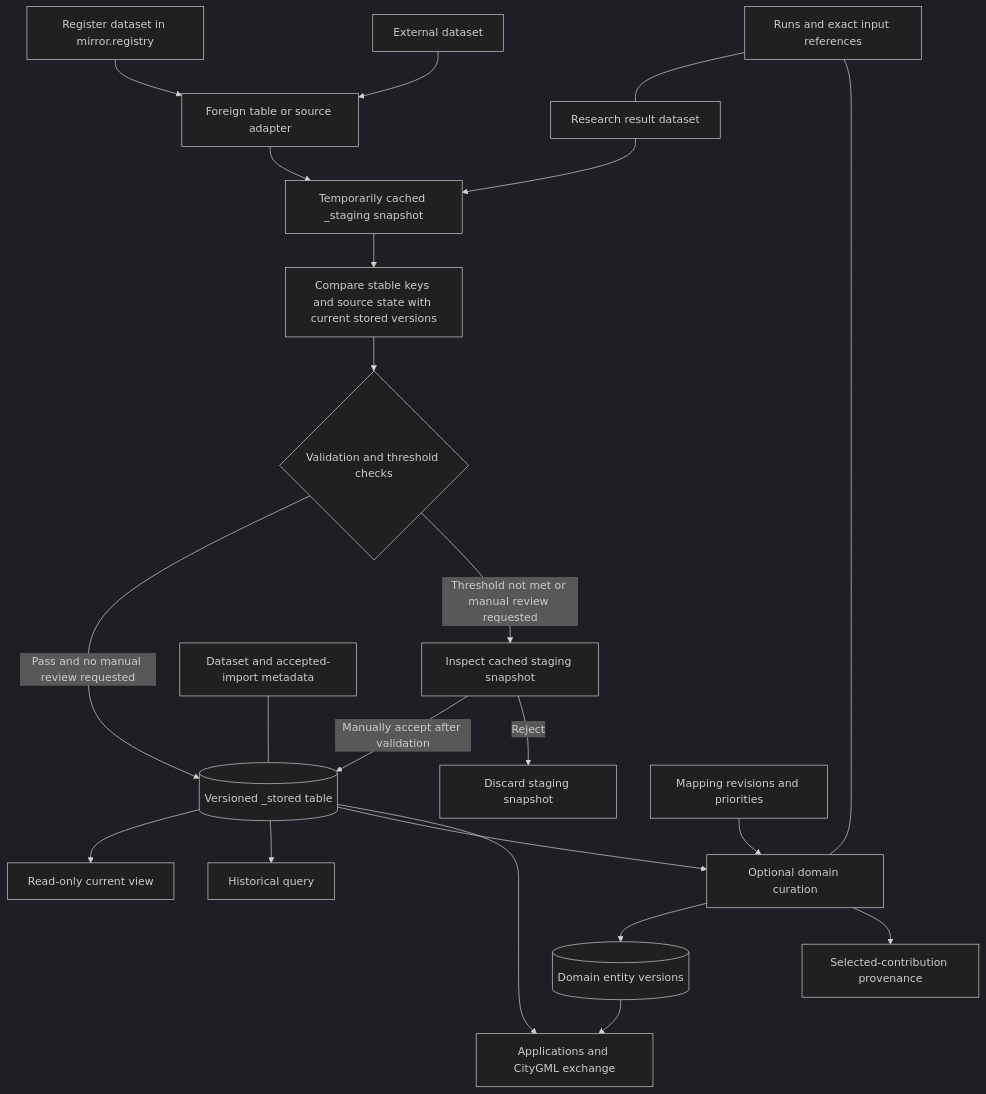
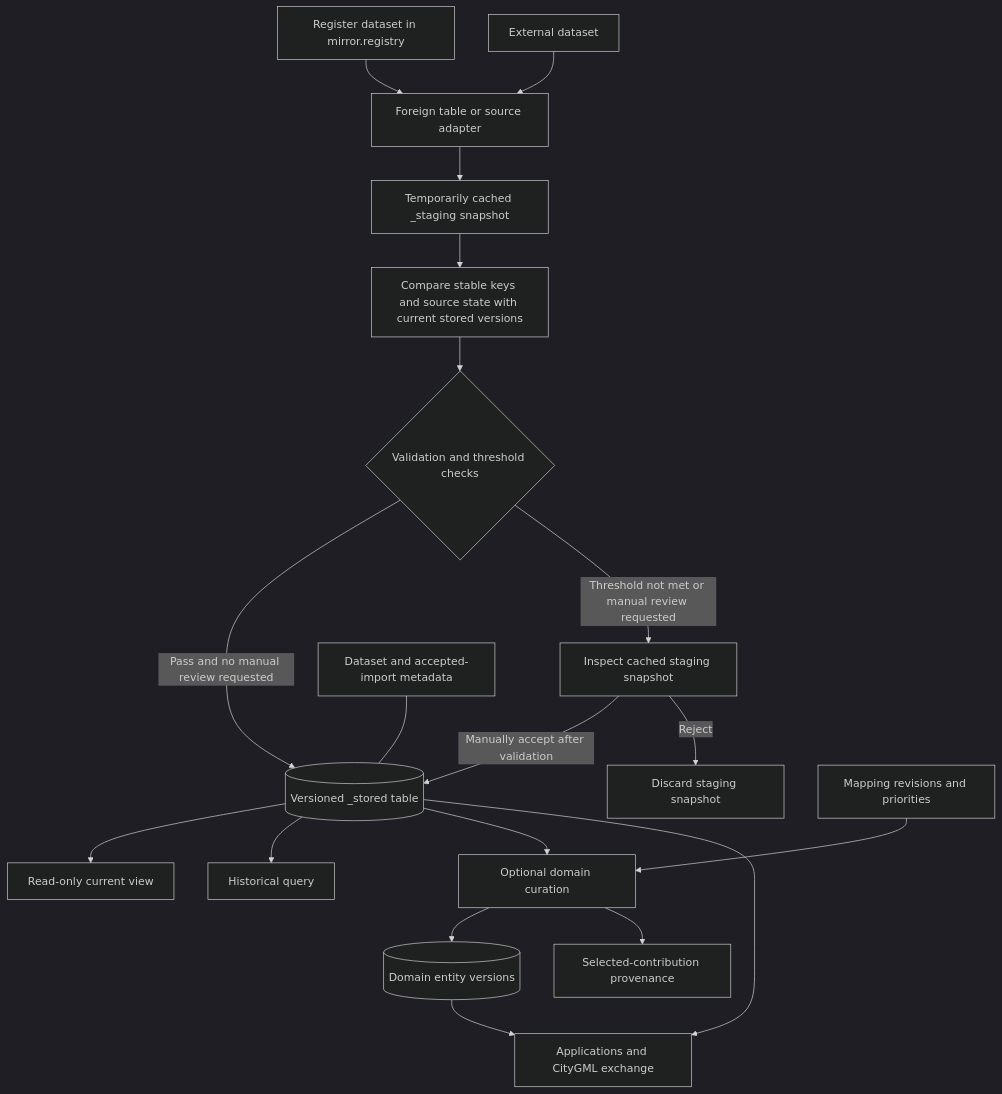
Before and after one commit to UdK-VPT/UrbanTwin-Toolbox: the first of 2 diagrams in docs/metadata_modelling_ver03.md, drawn with Mermaid (dark theme). The commit also changed other lines of this file and 1 other file, not shown here.

````diff
--- a/docs/metadata_modelling_ver03.md
+++ b/docs/metadata_modelling_ver03.md
@@ -27,24 +29,21 @@
 ```mermaid
 flowchart TD
     G[Register dataset in mirror.registry] --> F[Foreign table or source adapter]
     E[External dataset] --> F
     F --> S[Temporarily cached _staging snapshot]
-    R[Research result dataset] --> S
     S --> B[Compare stable keys and source state with current stored versions]
     B --> A{Validation and threshold checks}
     A -->|Pass and no manual review requested| V[(Versioned _stored table)]
     A -->|Threshold not met or manual review requested| Q[Inspect cached staging snapshot]
     Q -->|Manually accept after validation| V
     Q -->|Reject| Z[Discard staging snapshot]
     I[Dataset and accepted-import metadata] --- V
     V --> C[Read-only current view]
     V --> H[Historical query]
     V --> D[Optional domain curation]
     M[Mapping revisions and priorities] --> D
     D --> U[(Domain entity versions)]
     D --> P[Selected-contribution provenance]
     U --> X[Applications and CityGML exchange]
     V --> X
-    L[Runs and exact input references] --- R
-    L --- D
 ```
````
